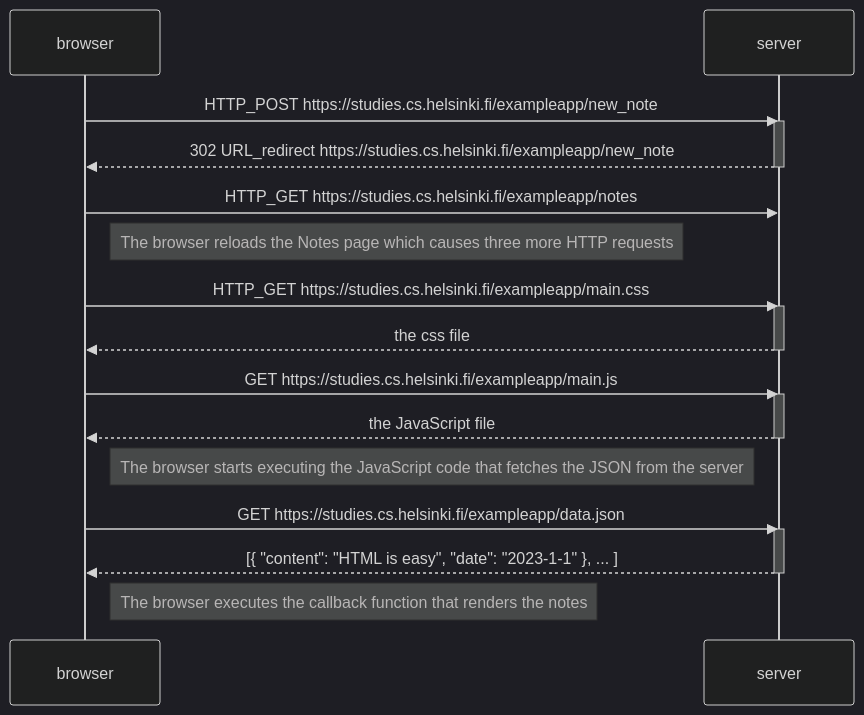
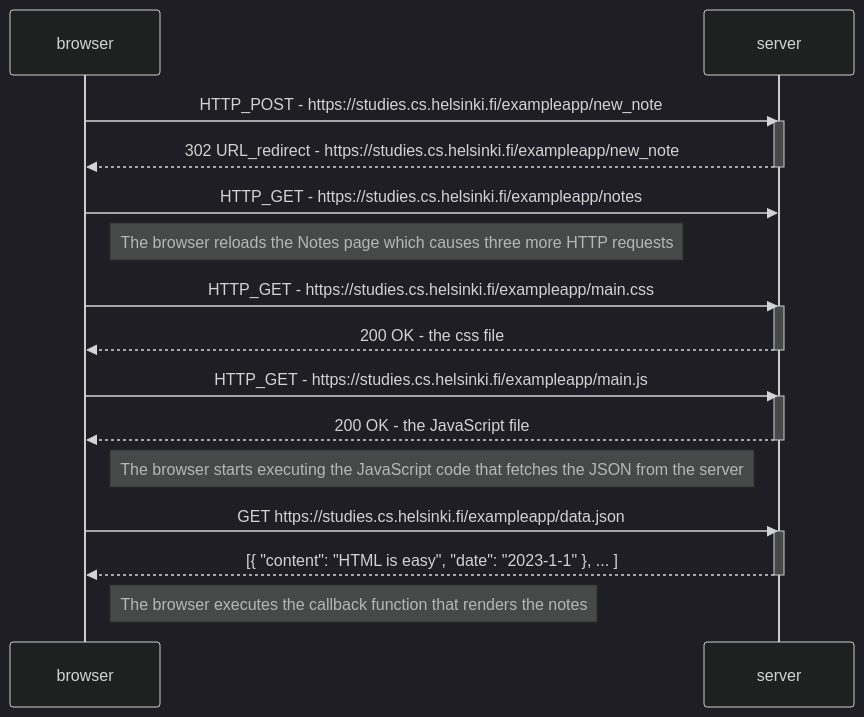
Before and after one commit to TomppeliG6-8/fullstack: the diagram in Part0/0.4 - New note diagram/readme.md, drawn with Mermaid (dark theme).

````diff
--- a/Part0/0.4 - New note diagram/readme.md
+++ b/Part0/0.4 - New note diagram/readme.md
@@ -1,31 +1,31 @@
 ```mermaid
 sequenceDiagram
     participant browser
     participant server
 
-    browser->>server: HTTP_POST https://studies.cs.helsinki.fi/exampleapp/new_note
+    browser->>server: HTTP_POST - https://studies.cs.helsinki.fi/exampleapp/new_note
     activate server
-    server-->>browser: 302 URL_redirect https://studies.cs.helsinki.fi/exampleapp/new_note
+    server-->>browser: 302 URL_redirect - https://studies.cs.helsinki.fi/exampleapp/new_note
     deactivate server
 
-    browser->>server: HTTP_GET https://studies.cs.helsinki.fi/exampleapp/notes
+    browser->>server: HTTP_GET - https://studies.cs.helsinki.fi/exampleapp/notes
     Note right of browser: The browser reloads the Notes page which causes three more HTTP requests
-    browser->>server: HTTP_GET https://studies.cs.helsinki.fi/exampleapp/main.css
+    browser->>server: HTTP_GET - https://studies.cs.helsinki.fi/exampleapp/main.css
     activate server
-    server-->>browser: the css file
+    server-->>browser: 200 OK - the css file
     deactivate server
 
-    browser->>server: GET https://studies.cs.helsinki.fi/exampleapp/main.js
+    browser->>server: HTTP_GET - https://studies.cs.helsinki.fi/exampleapp/main.js
     activate server
-    server-->>browser: the JavaScript file
+    server-->>browser: 200 OK - the JavaScript file
     deactivate server
 
     Note right of browser: The browser starts executing the JavaScript code that fetches the JSON from the server
 
     browser->>server: GET https://studies.cs.helsinki.fi/exampleapp/data.json
     activate server
     server-->>browser: [{ "content": "HTML is easy", "date": "2023-1-1" }, ... ]
     deactivate server
 
     Note right of browser: The browser executes the callback function that renders the notes
 ```
````
